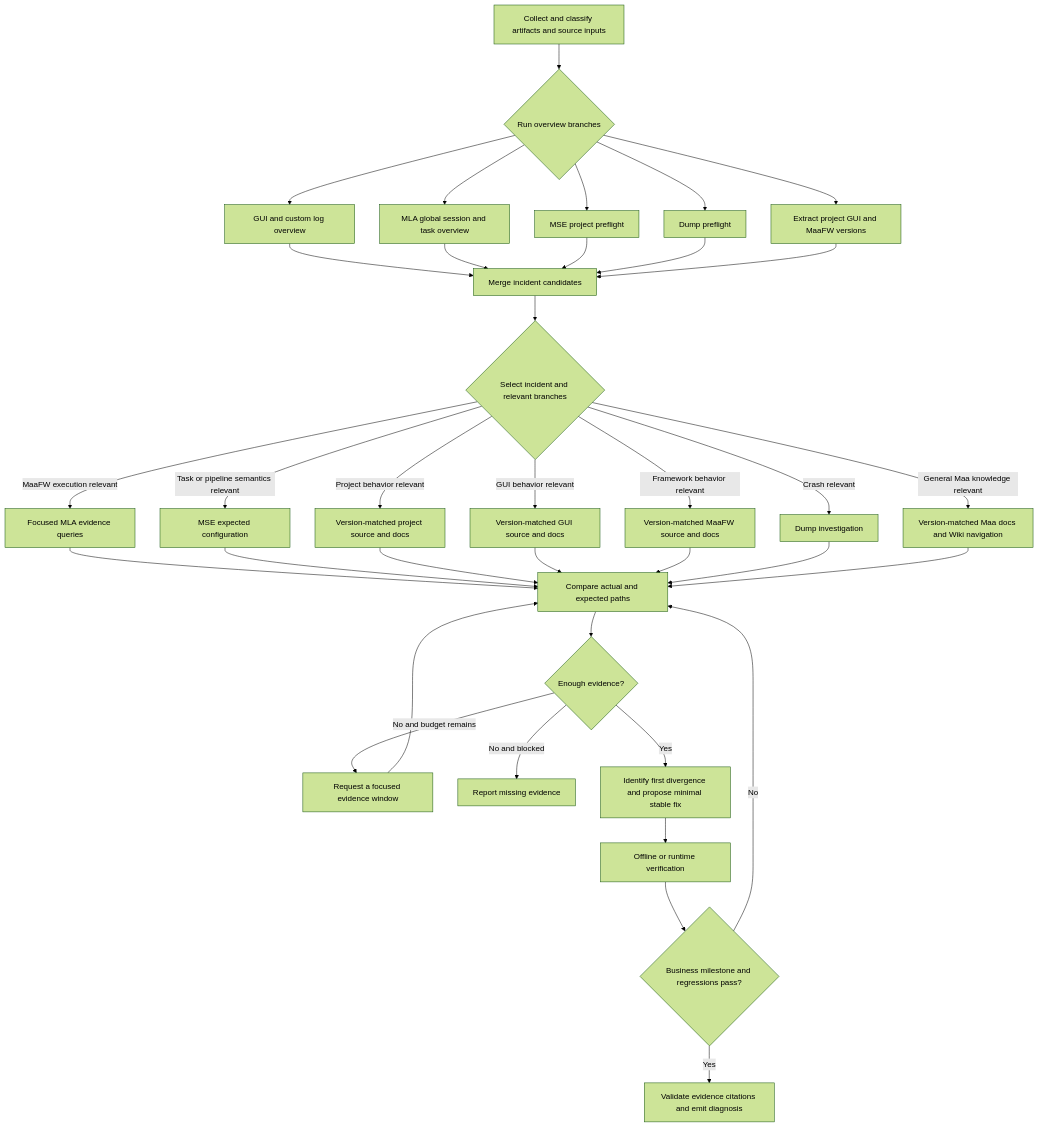
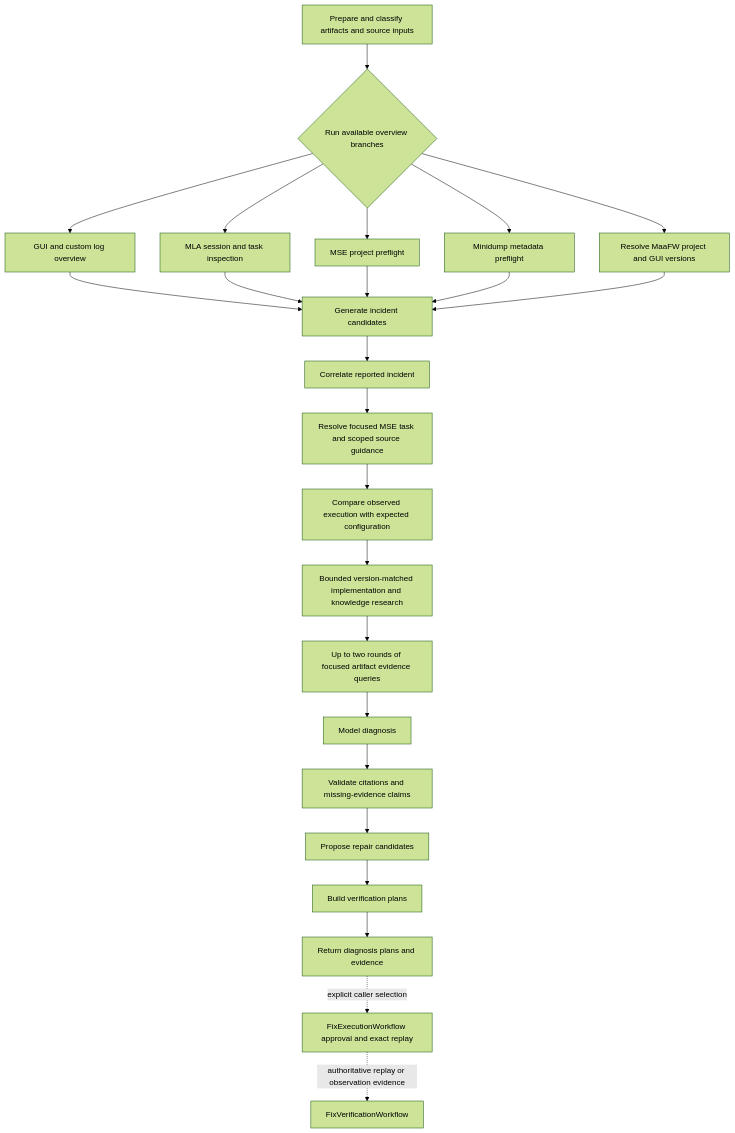
One commit to Windsland52/MaaEvidenceKit changed the diagram in docs/workflow-architecture.md. Above: the diagram before and after it, drawn with Mermaid (forest theme). The commit also changed other lines of this file and 5 other files, not shown here.

````diff
--- a/docs/workflow-architecture.md
+++ b/docs/workflow-architecture.md
@@ -38,42 +41,29 @@
 ```mermaid
 flowchart TD
-    A[Collect and classify artifacts and source inputs] --> B{Run overview branches}
+    A[Prepare and classify artifacts and source inputs] --> B{Run available overview branches}
     B --> G[GUI and custom log overview]
-    B --> L[MLA global session and task overview]
+    B --> L[MLA session and task inspection]
     B --> M[MSE project preflight]
-    B --> D[Dump preflight]
-    B --> V[Extract project GUI and MaaFW versions]
+    B --> D[Minidump metadata preflight]
+    B --> V[Resolve MaaFW project and GUI versions]
 
-    G --> I[Merge incident candidates]
+    G --> I[Generate incident candidates]
     L --> I
     M --> I
     D --> I
     V --> I
 
-    I --> S{Select incident and relevant branches}
-    S -->|MaaFW execution relevant| ML[Focused MLA evidence queries]
-    S -->|Task or pipeline semantics relevant| MS[MSE expected configuration]
-    S -->|Project behavior relevant| PS[Version-matched project source and docs]
-    S -->|GUI behavior relevant| GS[Version-matched GUI source and docs]
-    S -->|Framework behavior relevant| FS[Version-matched MaaFW source and docs]
-    S -->|Crash relevant| DS[Dump investigation]
-    S -->|General Maa knowledge relevant| K[Version-matched Maa docs and Wiki navigation]
+    I --> S[Correlate reported incident]
+    S --> MS[Resolve focused MSE task and scoped source guidance]
+    MS --> C[Compare observed execution with expected configuration]
+    C --> R[Bounded version-matched implementation and knowledge research]
+    R --> Q[Up to two rounds of focused artifact evidence queries]
+    Q --> N[Model diagnosis]
+    N --> Z[Validate citations and missing-evidence claims]
+    Z --> F[Propose repair candidates]
+    F --> P[Build verification plans]
+    P --> O[Return diagnosis plans and evidence]
 
-    ML --> C[Compare actual and expected paths]
-    MS --> C
-    PS --> C
-    GS --> C
-    FS --> C
-    DS --> C
-    K --> C
-
-    C --> F{Enough evidence?}
-    F -->|No and budget remains| Q[Request a focused evidence window]
-    Q --> C
-    F -->|No and blocked| E[Report missing evidence]
-    F -->|Yes| R[Identify first divergence and propose minimal stable fix]
-    R --> T[Offline or runtime verification]
-    T --> X{Business milestone and regressions pass?}
-    X -->|No| C
-    X -->|Yes| Z[Validate evidence citations and emit diagnosis]
+    O -. explicit caller selection .-> X[FixExecutionWorkflow approval and exact replay]
+    X -. authoritative replay or observation evidence .-> T[FixVerificationWorkflow]
 ```
````
